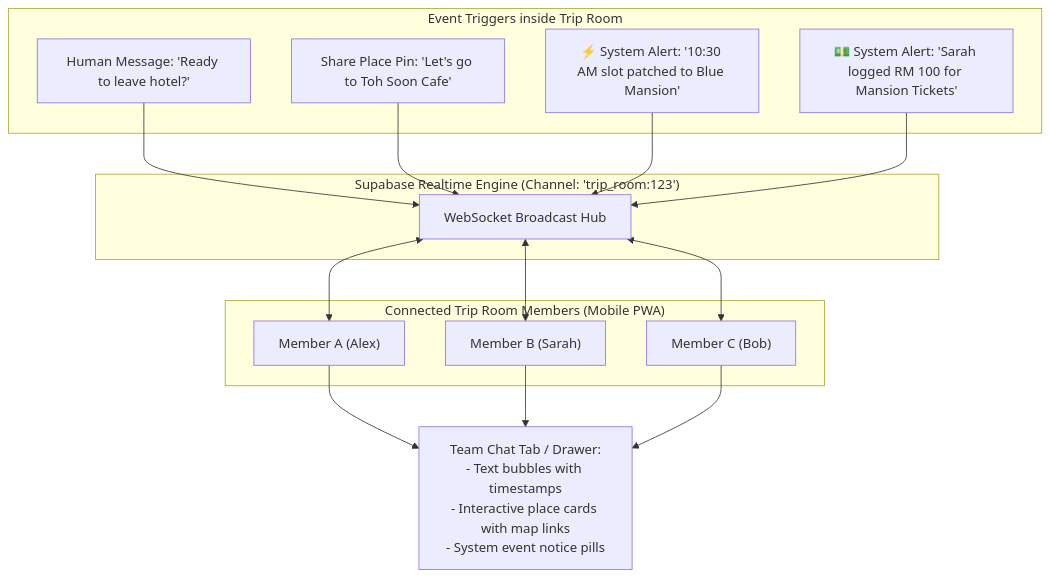
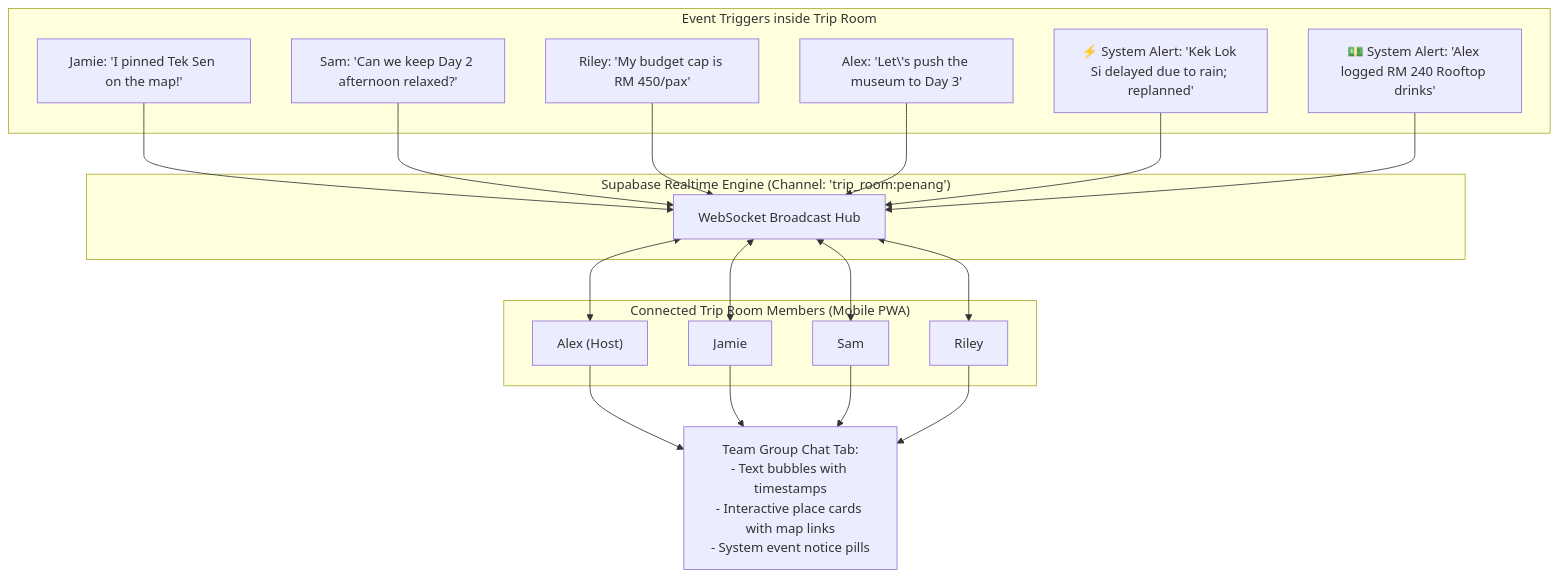
Before and after one commit to nlzce/We-are-the-champions_Plan-B: the tenth of 15 diagrams in README.md, drawn with Mermaid. The commit also changed other lines of this file, not shown here.

Commit message:
docs: align README structure, key screens, and user flow exactly with Figma UI design

````diff
--- a/README.md
+++ b/README.md
@@ -435,32 +438,39 @@
 ```mermaid
 flowchart TD
   subgraph ROOM_CLIENTS["Connected Trip Room Members (Mobile PWA)"]
-    ClientA["Member A (Alex)"]
-    ClientB["Member B (Sarah)"]
-    ClientC["Member C (Bob)"]
+    ClientA["Alex (Host)"]
+    ClientB["Jamie"]
+    ClientC["Sam"]
+    ClientD["Riley"]
   end
 
-  subgraph SUPABASE_RT["Supabase Realtime Engine (Channel: 'trip_room:123')"]
+  subgraph SUPABASE_RT["Supabase Realtime Engine (Channel: 'trip_room:penang')"]
     Broadcaster["WebSocket Broadcast Hub"]
   end
 
   subgraph EVENTS["Event Triggers inside Trip Room"]
-    HumanMsg["Human Message: 'Ready to leave hotel?'"]
-    SharePlace["Share Place Pin: 'Let's go to Toh Soon Cafe'"]
-    ReplanAlert["⚡ System Alert: '10:30 AM slot patched to Blue Mansion'"]
-    SpendAlert["💵 System Alert: 'Sarah logged RM 100 for Mansion Tickets'"]
+    HumanMsg["Jamie: 'I pinned Tek Sen on the map!'"]
+    SamMsg["Sam: 'Can we keep Day 2 afternoon relaxed?'"]
+    RileyMsg["Riley: 'My budget cap is RM 450/pax'"]
+    ConsensusMsg["Alex: 'Let\'s push the museum to Day 3'"]
+    ReplanAlert["⚡ System Alert: 'Kek Lok Si delayed due to rain; replanned'"]
+    SpendAlert["💵 System Alert: 'Alex logged RM 240 Rooftop drinks'"]
   end
 
   HumanMsg --> Broadcaster
-  SharePlace --> Broadcaster
+  SamMsg --> Broadcaster
+  RileyMsg --> Broadcaster
+  ConsensusMsg --> Broadcaster
   ReplanAlert --> Broadcaster
   SpendAlert --> Broadcaster
 
   Broadcaster <--> ClientA
   Broadcaster <--> ClientB
   Broadcaster <--> ClientC
+  Broadcaster <--> ClientD
 
-  ClientA --> ChatUI["Team Chat Tab / Drawer:<br/>- Text bubbles with timestamps<br/>- Interactive place cards with map links<br/>- System event notice pills"]
+  ClientA --> ChatUI["Team Group Chat Tab:<br/>- Text bubbles with timestamps<br/>- Interactive place cards with map links<br/>- System event notice pills"]
   ClientB --> ChatUI
   ClientC --> ChatUI
+  ClientD --> ChatUI
 ```
````
